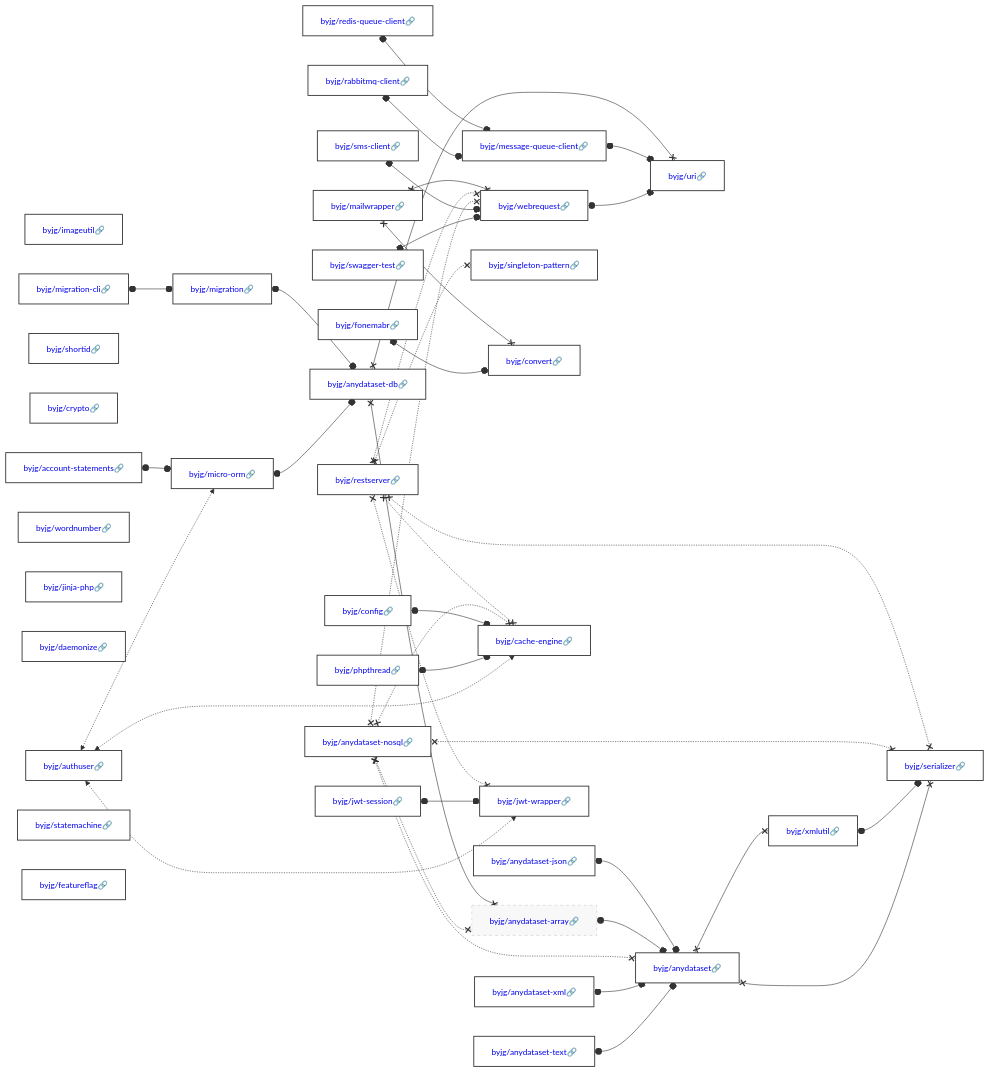
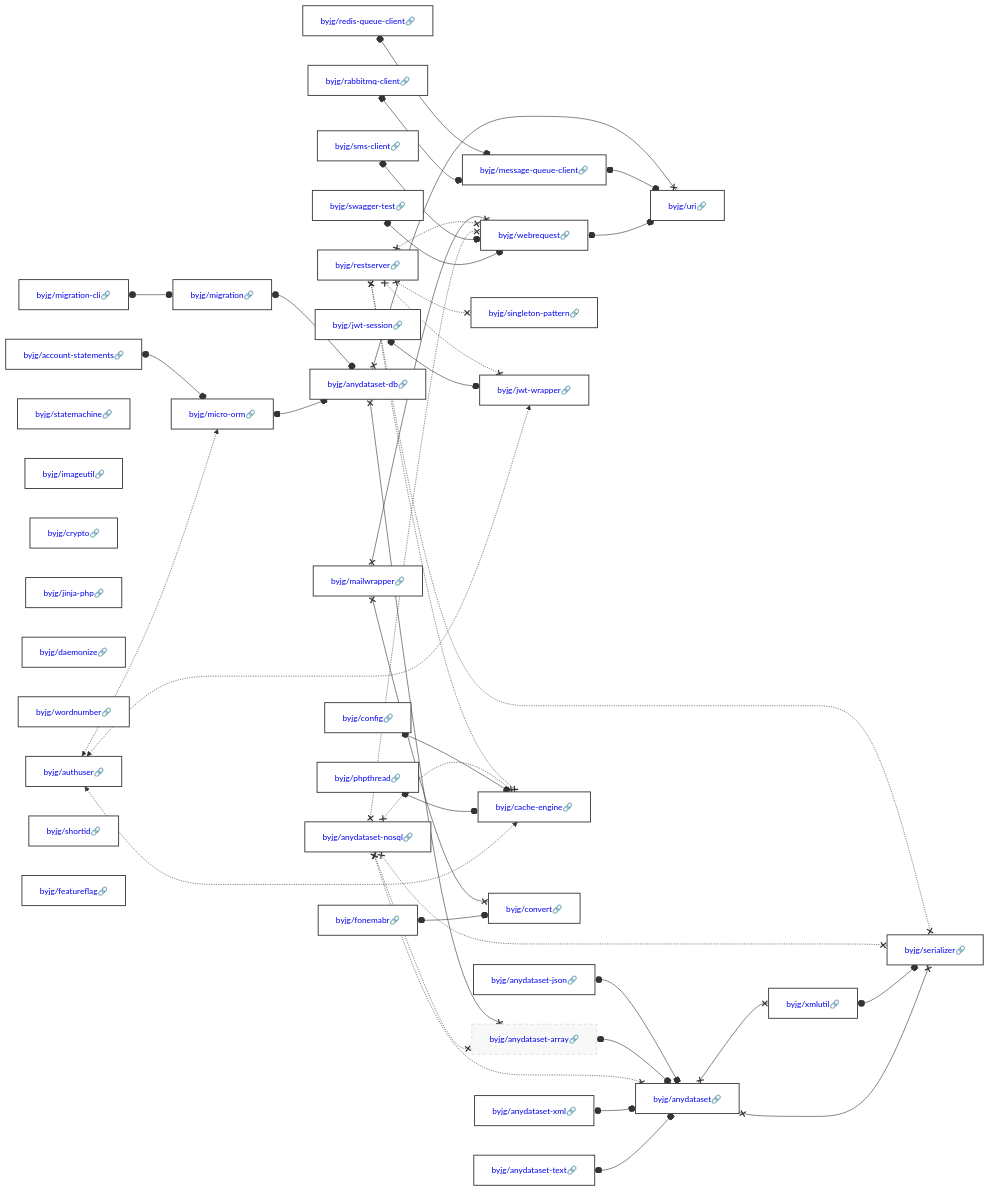
The diagram in docs/php/README.md (byjg/byjg.github.io), drawn with Mermaid before and after one commit. The commit also changed other lines of this file, not shown here.

Commit message:
Update documentation 'php' 'php-mailwrapper'

````diff
--- a/docs/php/README.md
+++ b/docs/php/README.md
@@ -3,38 +3,38 @@
 ```mermaid
 graph LR;
+  byjg/account-statements[<a href='https://opensource.byjg.com/docs/php/account-statements' style='text-decoration:none'>byjg/account-statements🔗</a>];
+  byjg/jwt-session[<a href='https://opensource.byjg.com/docs/php/jwt-session' style='text-decoration:none'>byjg/jwt-session🔗</a>];
+  byjg/sms-client[<a href='https://opensource.byjg.com/docs/php/sms-client' style='text-decoration:none'>byjg/sms-client🔗</a>];
+  byjg/authuser[<a href='https://opensource.byjg.com/docs/php/authuser' style='text-decoration:none'>byjg/authuser🔗</a>];
+  byjg/rabbitmq-client[<a href='https://opensource.byjg.com/docs/php/rabbitmq-client' style='text-decoration:none'>byjg/rabbitmq-client🔗</a>];
+  byjg/fonemabr[<a href='https://opensource.byjg.com/docs/php/fonemabr' style='text-decoration:none'>byjg/fonemabr🔗</a>];
+  byjg/statemachine[<a href='https://opensource.byjg.com/docs/php/statemachine' style='text-decoration:none'>byjg/statemachine🔗</a>];
+  byjg/config[<a href='https://opensource.byjg.com/docs/php/config' style='text-decoration:none'>byjg/config🔗</a>];
+  byjg/anydataset-xml[<a href='https://opensource.byjg.com/docs/php/anydataset-xml' style='text-decoration:none'>byjg/anydataset-xml🔗</a>];
+  byjg/imageutil[<a href='https://opensource.byjg.com/docs/php/imageutil' style='text-decoration:none'>byjg/imageutil🔗</a>];
+  byjg/crypto[<a href='https://opensource.byjg.com/docs/php/crypto' style='text-decoration:none'>byjg/crypto🔗</a>];
+  byjg/anydataset-text[<a href='https://opensource.byjg.com/docs/php/anydataset-text' style='text-decoration:none'>byjg/anydataset-text🔗</a>];
+  byjg/phpthread[<a href='https://opensource.byjg.com/docs/php/phpthread' style='text-decoration:none'>byjg/phpthread🔗</a>];
+  byjg/jinja-php[<a href='https://opensource.byjg.com/docs/php/jinja-php' style='text-decoration:none'>byjg/jinja-php🔗</a>];
+  byjg/daemonize[<a href='https://opensource.byjg.com/docs/php/daemonize' style='text-decoration:none'>byjg/daemonize🔗</a>];
+  byjg/restserver[<a href='https://opensource.byjg.com/docs/php/restserver' style='text-decoration:none'>byjg/restserver🔗</a>];
+  byjg/redis-queue-client[<a href='https://opensource.byjg.com/docs/php/redis-queue-client' style='text-decoration:none'>byjg/redis-queue-client🔗</a>];
+  byjg/swagger-test[<a href='https://opensource.byjg.com/docs/php/swagger-test' style='text-decoration:none'>byjg/swagger-test🔗</a>];
+  byjg/anydataset-json[<a href='https://opensource.byjg.com/docs/php/anydataset-json' style='text-decoration:none'>byjg/anydataset-json🔗</a>];
+  byjg/wordnumber[<a href='https://opensource.byjg.com/docs/php/wordnumber' style='text-decoration:none'>byjg/wordnumber🔗</a>];
+  byjg/anydataset-nosql[<a href='https://opensource.byjg.com/docs/php/anydataset-nosql' style='text-decoration:none'>byjg/anydataset-nosql🔗</a>];
   byjg/mailwrapper[<a href='https://opensource.byjg.com/docs/php/mailwrapper' style='text-decoration:none'>byjg/mailwrapper🔗</a>];
-  byjg/phpthread[<a href='https://opensource.byjg.com/docs/php/phpthread' style='text-decoration:none'>byjg/phpthread🔗</a>];
-  byjg/restserver[<a href='https://opensource.byjg.com/docs/php/restserver' style='text-decoration:none'>byjg/restserver🔗</a>];
-  byjg/imageutil[<a href='https://opensource.byjg.com/docs/php/imageutil' style='text-decoration:none'>byjg/imageutil🔗</a>];
-  byjg/fonemabr[<a href='https://opensource.byjg.com/docs/php/fonemabr' style='text-decoration:none'>byjg/fonemabr🔗</a>];
-  byjg/account-statements[<a href='https://opensource.byjg.com/docs/php/account-statements' style='text-decoration:none'>byjg/account-statements🔗</a>];
-  byjg/swagger-test[<a href='https://opensource.byjg.com/docs/php/swagger-test' style='text-decoration:none'>byjg/swagger-test🔗</a>];
-  byjg/redis-queue-client[<a href='https://opensource.byjg.com/docs/php/redis-queue-client' style='text-decoration:none'>byjg/redis-queue-client🔗</a>];
+  byjg/migration-cli[<a href='https://opensource.byjg.com/docs/php/migration-cli' style='text-decoration:none'>byjg/migration-cli🔗</a>];
   byjg/shortid[<a href='https://opensource.byjg.com/docs/php/shortid' style='text-decoration:none'>byjg/shortid🔗</a>];
-  byjg/crypto[<a href='https://opensource.byjg.com/docs/php/crypto' style='text-decoration:none'>byjg/crypto🔗</a>];
-  byjg/anydataset-nosql[<a href='https://opensource.byjg.com/docs/php/anydataset-nosql' style='text-decoration:none'>byjg/anydataset-nosql🔗</a>];
-  byjg/authuser[<a href='https://opensource.byjg.com/docs/php/authuser' style='text-decoration:none'>byjg/authuser🔗</a>];
-  byjg/wordnumber[<a href='https://opensource.byjg.com/docs/php/wordnumber' style='text-decoration:none'>byjg/wordnumber🔗</a>];
-  byjg/jinja-php[<a href='https://opensource.byjg.com/docs/php/jinja-php' style='text-decoration:none'>byjg/jinja-php🔗</a>];
-  byjg/sms-client[<a href='https://opensource.byjg.com/docs/php/sms-client' style='text-decoration:none'>byjg/sms-client🔗</a>];
-  byjg/anydataset-xml[<a href='https://opensource.byjg.com/docs/php/anydataset-xml' style='text-decoration:none'>byjg/anydataset-xml🔗</a>];
-  byjg/config[<a href='https://opensource.byjg.com/docs/php/config' style='text-decoration:none'>byjg/config🔗</a>];
-  byjg/daemonize[<a href='https://opensource.byjg.com/docs/php/daemonize' style='text-decoration:none'>byjg/daemonize🔗</a>];
-  byjg/rabbitmq-client[<a href='https://opensource.byjg.com/docs/php/rabbitmq-client' style='text-decoration:none'>byjg/rabbitmq-client🔗</a>];
-  byjg/anydataset-text[<a href='https://opensource.byjg.com/docs/php/anydataset-text' style='text-decoration:none'>byjg/anydataset-text🔗</a>];
-  byjg/migration-cli[<a href='https://opensource.byjg.com/docs/php/migration-cli' style='text-decoration:none'>byjg/migration-cli🔗</a>];
-  byjg/jwt-session[<a href='https://opensource.byjg.com/docs/php/jwt-session' style='text-decoration:none'>byjg/jwt-session🔗</a>];
-  byjg/statemachine[<a href='https://opensource.byjg.com/docs/php/statemachine' style='text-decoration:none'>byjg/statemachine🔗</a>];
-  byjg/anydataset-json[<a href='https://opensource.byjg.com/docs/php/anydataset-json' style='text-decoration:none'>byjg/anydataset-json🔗</a>];
   byjg/featureflag[<a href='https://opensource.byjg.com/docs/php/featureflag' style='text-decoration:none'>byjg/featureflag🔗</a>];
+  byjg/micro-orm[<a href='https://opensource.byjg.com/docs/php/micro-orm' style='text-decoration:none'>byjg/micro-orm🔗</a>];
   byjg/singleton-pattern[<a href='https://opensource.byjg.com/docs/php/singleton-pattern' style='text-decoration:none'>byjg/singleton-pattern🔗</a>];
+  byjg/jwt-wrapper[<a href='https://opensource.byjg.com/docs/php/jwt-wrapper' style='text-decoration:none'>byjg/jwt-wrapper🔗</a>];
+  byjg/message-queue-client[<a href='https://opensource.byjg.com/docs/php/message-queue-client' style='text-decoration:none'>byjg/message-queue-client🔗</a>];
+  byjg/cache-engine[<a href='https://opensource.byjg.com/docs/php/cache-engine' style='text-decoration:none'>byjg/cache-engine🔗</a>];
   byjg/convert[<a href='https://opensource.byjg.com/docs/php/convert' style='text-decoration:none'>byjg/convert🔗</a>];
-  byjg/micro-orm[<a href='https://opensource.byjg.com/docs/php/micro-orm' style='text-decoration:none'>byjg/micro-orm🔗</a>];
   byjg/webrequest[<a href='https://opensource.byjg.com/docs/php/webrequest' style='text-decoration:none'>byjg/webrequest🔗</a>];
-  byjg/cache-engine[<a href='https://opensource.byjg.com/docs/php/cache-engine' style='text-decoration:none'>byjg/cache-engine🔗</a>];
-  byjg/message-queue-client[<a href='https://opensource.byjg.com/docs/php/message-queue-client' style='text-decoration:none'>byjg/message-queue-client🔗</a>];
   byjg/migration[<a href='https://opensource.byjg.com/docs/php/migration' style='text-decoration:none'>byjg/migration🔗</a>];
-  byjg/jwt-wrapper[<a href='https://opensource.byjg.com/docs/php/jwt-wrapper' style='text-decoration:none'>byjg/jwt-wrapper🔗</a>];
   byjg/anydataset-db[<a href='https://opensource.byjg.com/docs/php/anydataset-db' style='text-decoration:none'>byjg/anydataset-db🔗</a>];
   byjg/anydataset-array[<a href='https://opensource.byjg.com/docs/php/anydataset-array' style='text-decoration:none'>byjg/anydataset-array🔗</a>];
   byjg/uri[<a href='https://opensource.byjg.com/docs/php/uri' style='text-decoration:none'>byjg/uri🔗</a>];
````
